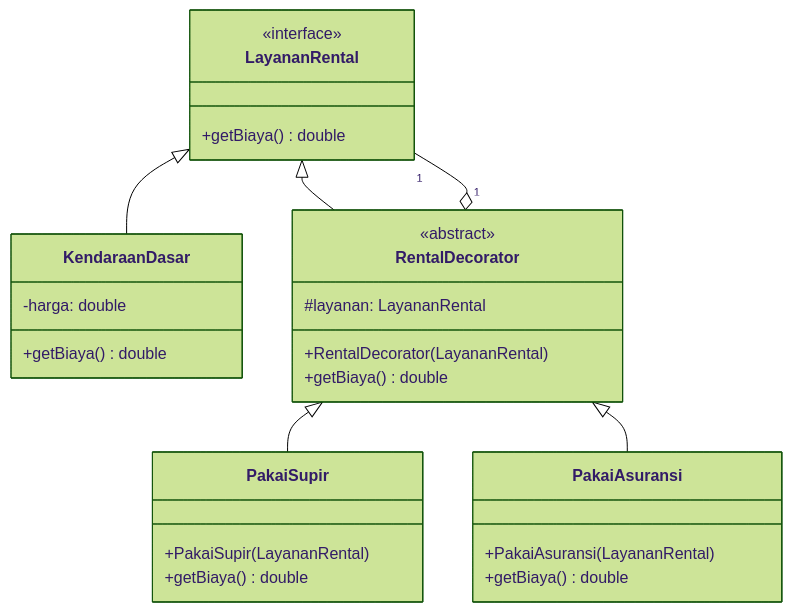
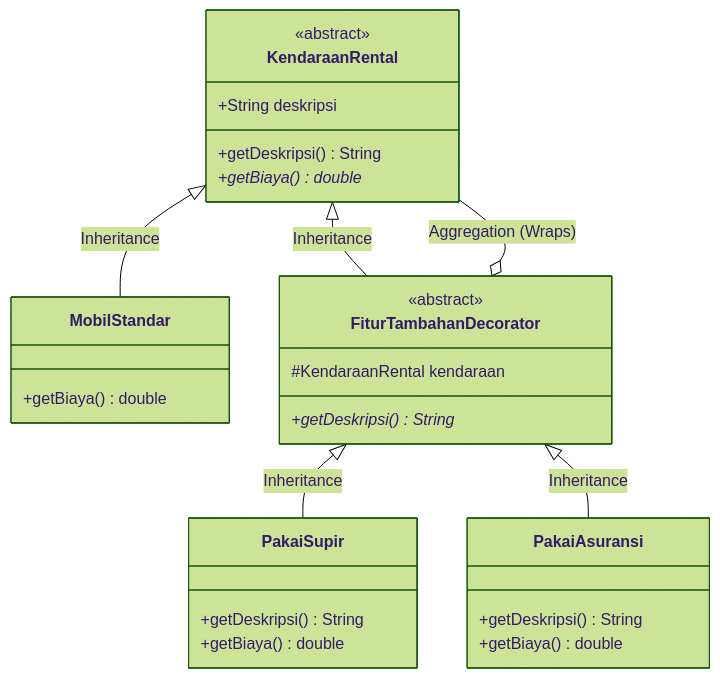
One commit to kkokonatsu/OOP-Java changed the diagram in v2/v2-oop-meet-5.md. Above: the diagram before and after it, drawn with Mermaid (forest theme).

Commit message:
Refactor class diagram in v2-oop-meet-5.md

````diff
--- a/v2/v2-oop-meet-5.md
+++ b/v2/v2-oop-meet-5.md
@@ -923,35 +923,35 @@
 ```mermaid
 classDiagram
-    class LayananRental {
-        <<interface>>
+    class KendaraanRental {
+        <<abstract>>
+        +String deskripsi
+        +getDeskripsi() String
+        +getBiaya() double*
+    }
+
+    class MobilStandar {
         +getBiaya() double
     }
 
-    class KendaraanDasar {
-        -harga: double
-        +getBiaya() double
-    }
-
-    class RentalDecorator {
+    class FiturTambahanDecorator {
         <<abstract>>
-        #layanan: LayananRental
-        +RentalDecorator(LayananRental)
-        +getBiaya() double
+        #KendaraanRental kendaraan
+        +getDeskripsi() String*
     }
 
     class PakaiSupir {
-        +PakaiSupir(LayananRental)
+        +getDeskripsi() String
         +getBiaya() double
     }
 
     class PakaiAsuransi {
-        +PakaiAsuransi(LayananRental)
+        +getDeskripsi() String
         +getBiaya() double
     }
 
-    LayananRental <|-- KendaraanDasar
-    LayananRental <|-- RentalDecorator
-    RentalDecorator "1" o-- "1" LayananRental
-    RentalDecorator <|-- PakaiSupir
-    RentalDecorator <|-- PakaiAsuransi
+    KendaraanRental <|-- MobilStandar : Inheritance
+    KendaraanRental <|-- FiturTambahanDecorator : Inheritance
+    FiturTambahanDecorator o-- KendaraanRental : Aggregation (Wraps)
+    FiturTambahanDecorator <|-- PakaiSupir : Inheritance
+    FiturTambahanDecorator <|-- PakaiAsuransi : Inheritance
 ```
````
